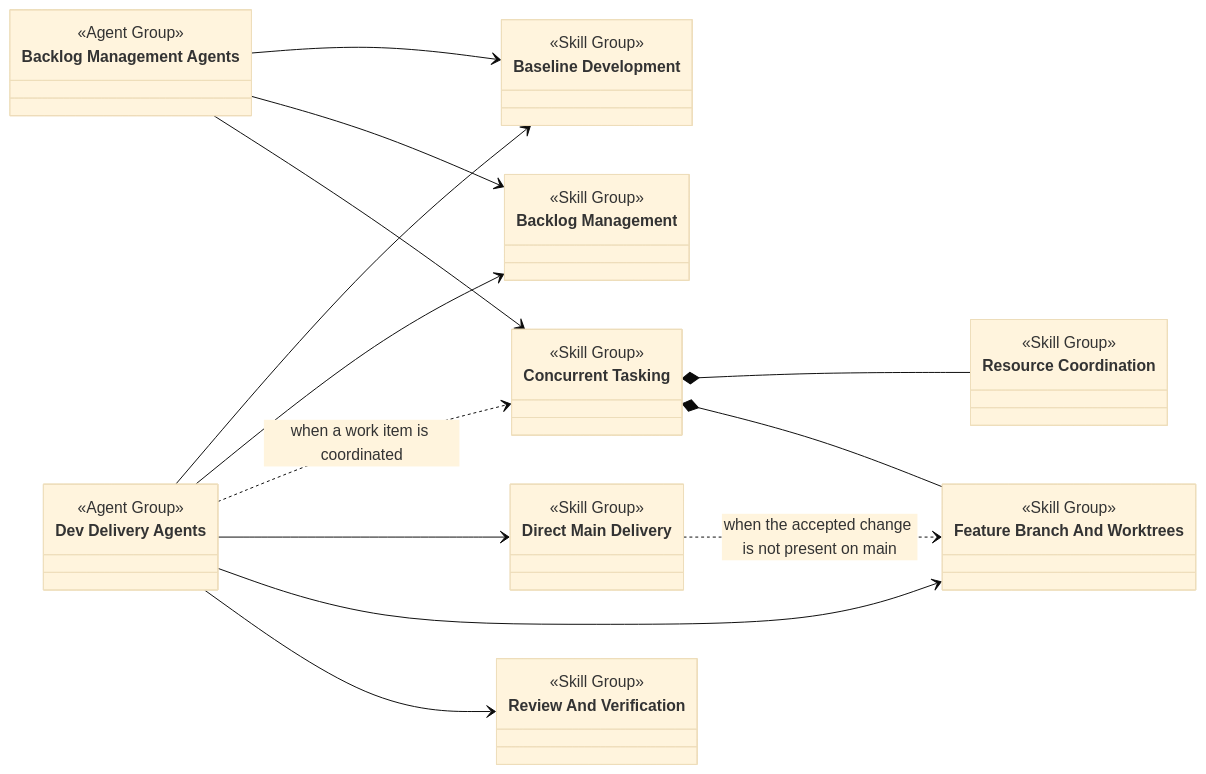
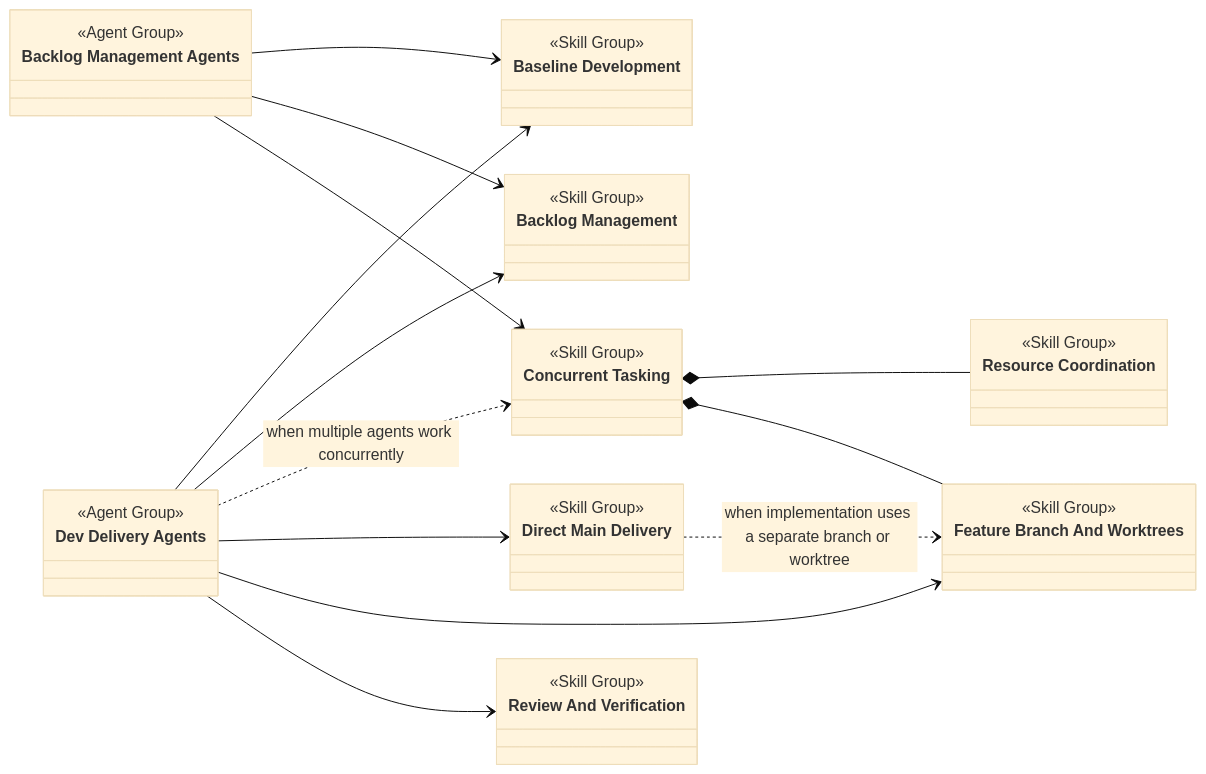
Before and after one commit to martinbechard/dev-methodology: the second of 8 diagrams in design/skill-groups/concurrent-tasking.md, drawn with Mermaid (base theme). The commit also changed other lines of this file and 1 other file, not shown here.

````diff
--- a/design/skill-groups/concurrent-tasking.md
+++ b/design/skill-groups/concurrent-tasking.md
@@ -70,48 +70,48 @@
 ```mermaid
 classDiagram
     direction LR
 
     class BacklogManagementAgents["Backlog Management Agents"] {
         <<Agent Group>>
     }
 
     class DevDeliveryAgents["Dev Delivery Agents"] {
         <<Agent Group>>
     }
 
     class BaselineDevelopment["Baseline Development"] {
         <<Skill Group>>
     }
     class BacklogManagement["Backlog Management"] {
         <<Skill Group>>
     }
     class ConcurrentTasking["Concurrent Tasking"] {
         <<Skill Group>>
     }
     class ResourceCoordination["Resource Coordination"] {
         <<Skill Group>>
     }
     class FeatureBranchAndWorktrees["Feature Branch And Worktrees"] {
         <<Skill Group>>
     }
     class DirectMainDelivery["Direct Main Delivery"] {
         <<Skill Group>>
     }
     class ReviewAndVerification["Review And Verification"] {
         <<Skill Group>>
     }
 
     BacklogManagementAgents --> BaselineDevelopment
     BacklogManagementAgents --> BacklogManagement
     BacklogManagementAgents --> ConcurrentTasking
     DevDeliveryAgents --> BaselineDevelopment
     DevDeliveryAgents --> BacklogManagement
-    DevDeliveryAgents ..> ConcurrentTasking : when a work item is coordinated
+    DevDeliveryAgents ..> ConcurrentTasking : when multiple agents work concurrently
     DevDeliveryAgents --> DirectMainDelivery
     DevDeliveryAgents --> FeatureBranchAndWorktrees
     DevDeliveryAgents --> ReviewAndVerification
 
     ConcurrentTasking *-- ResourceCoordination
     ConcurrentTasking *-- FeatureBranchAndWorktrees
-    DirectMainDelivery ..> FeatureBranchAndWorktrees : when the accepted change is not present on main
+    DirectMainDelivery ..> FeatureBranchAndWorktrees : when implementation uses a separate branch or worktree
 ```
````
